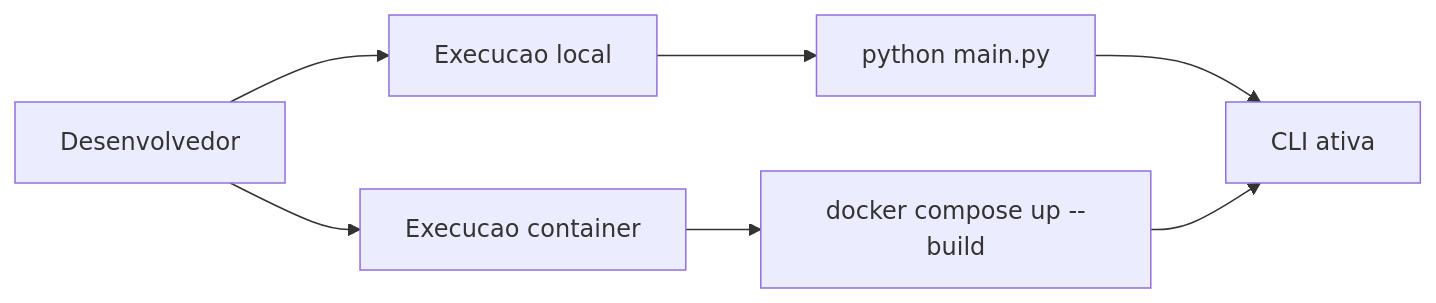
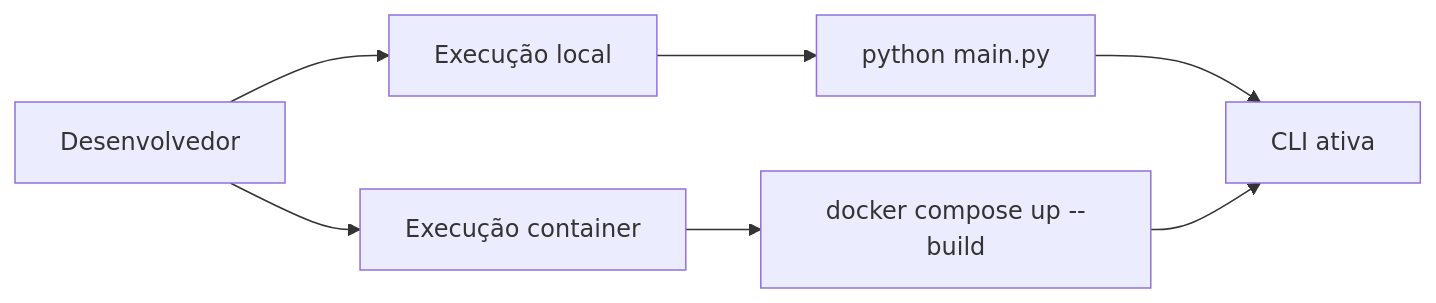
Before and after one commit to carmipa/aspm-ia-fiap-pride-security-2026-public: the second of 2 diagrams in README.md, drawn with Mermaid. The commit also changed other lines of this file, not shown here.

Commit message:
docs: update project README with branding, refined architecture, and updated roadmap

````diff
--- a/README.md
+++ b/README.md
@@ -55,9 +59,9 @@
 ```mermaid
 flowchart LR
-    DEV[Desenvolvedor] --> LOCAL[Execucao local]
-    DEV --> CONT[Execucao container]
+    DEV[Desenvolvedor] --> LOCAL[Execução local]
+    DEV --> CONT[Execução container]
     LOCAL --> CMD1[python main.py]
     CONT --> CMD2[docker compose up --build]
     CMD1 --> CLI[CLI ativa]
     CMD2 --> CLI
 ```
````
